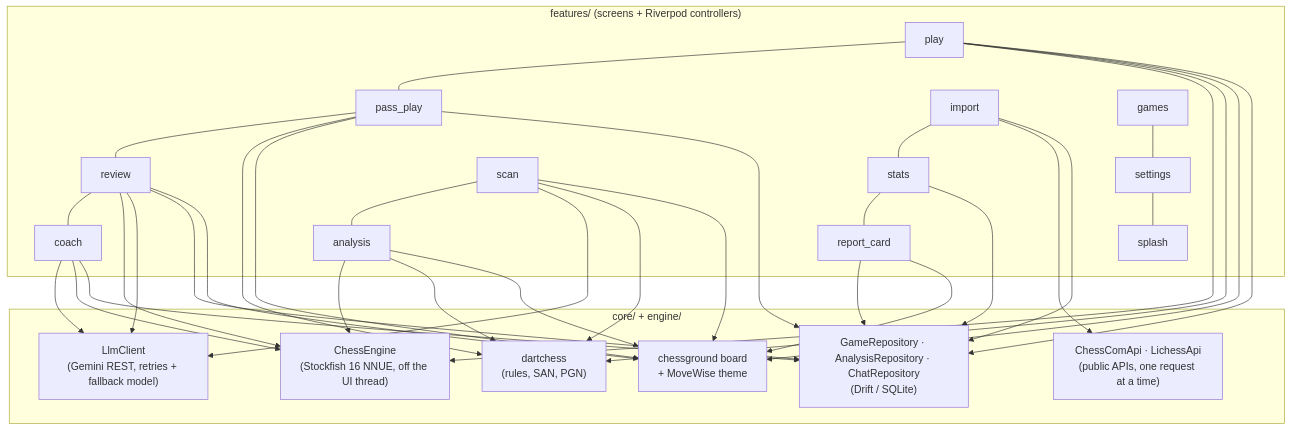
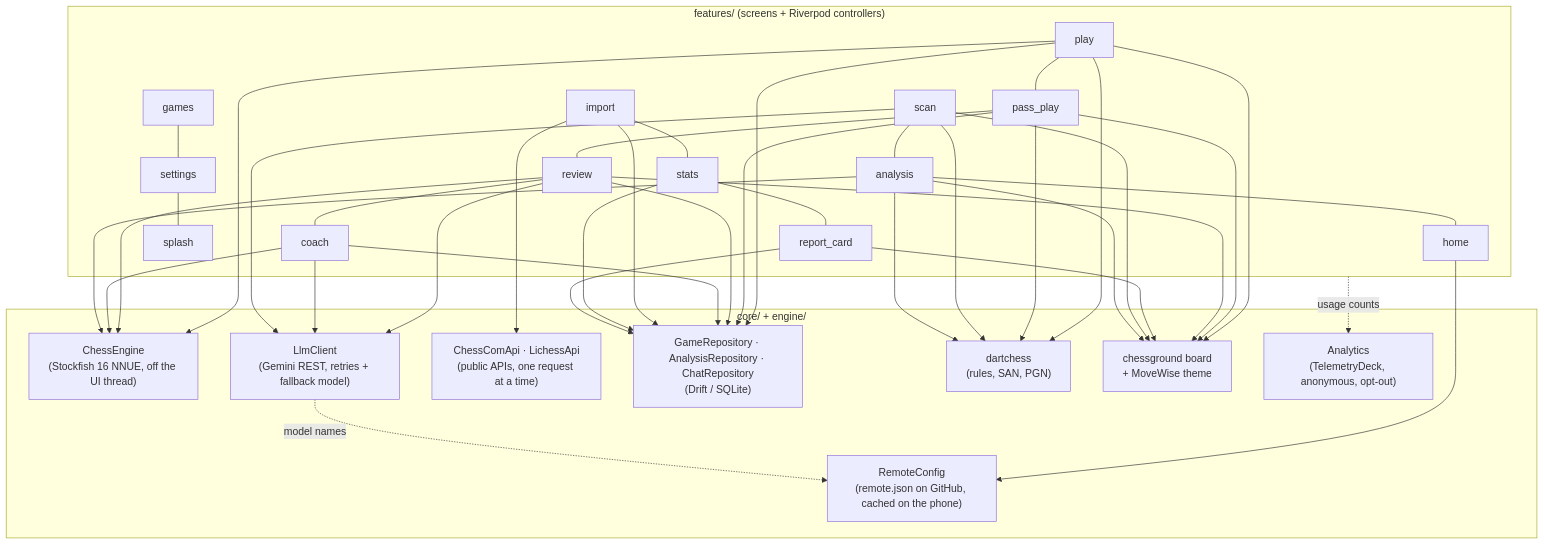
Before and after one commit to amitgp853/rooksight: the first of 2 diagrams in README.md, drawn with Mermaid. The commit also changed other lines of this file, not shown here.

````diff
--- a/README.md
+++ b/README.md
@@ -57,28 +58,33 @@
 ```mermaid
 flowchart TB
   subgraph UI["features/ (screens + Riverpod controllers)"]
     play[play] --- pass[pass_play] --- review[review] --- coach[coach]
     import[import] --- stats[stats] --- report[report_card]
     games[games] --- settings[settings] --- splash[splash]
-    scan[scan] --- analysis[analysis]
+    scan[scan] --- analysis[analysis] --- home[home]
   end
 
   subgraph core["core/ + engine/"]
     engine["ChessEngine<br/>(Stockfish 16 NNUE, off the UI thread)"]
     llm["LlmClient<br/>(Gemini REST, retries + fallback model)"]
     chesscom["ChessComApi · LichessApi<br/>(public APIs, one request at a time)"]
     repo["GameRepository · AnalysisRepository · ChatRepository<br/>(Drift / SQLite)"]
     rules["dartchess<br/>(rules, SAN, PGN)"]
     board["chessground board<br/>+ MoveWise theme"]
+    remote["RemoteConfig<br/>(remote.json on GitHub, cached on the phone)"]
+    analytics["Analytics<br/>(TelemetryDeck, anonymous, opt-out)"]
   end
 
   play --> engine & rules & board & repo
   pass --> rules & board & repo
   review --> engine & llm & repo & board
   coach --> llm & engine & repo
   import --> chesscom & repo
   stats --> repo
   report --> repo & board
   scan --> llm & rules & board
   analysis --> engine & rules & board
+  home --> remote
+  llm -. model names .-> remote
+  UI -. usage counts .-> analytics
 ```
````
